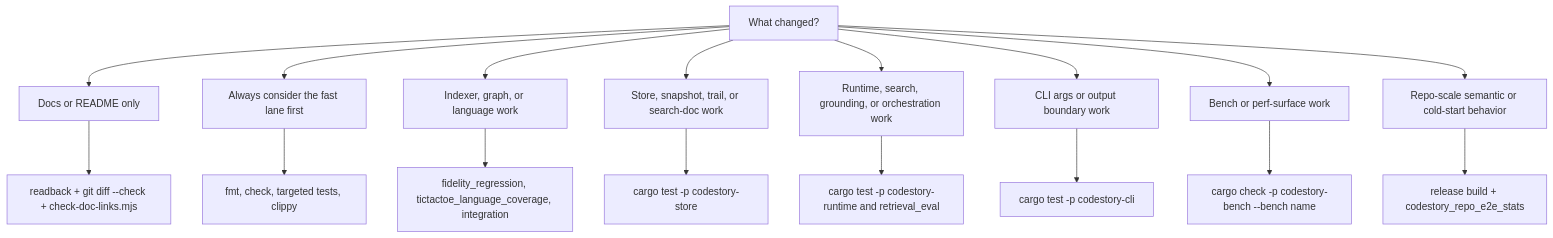
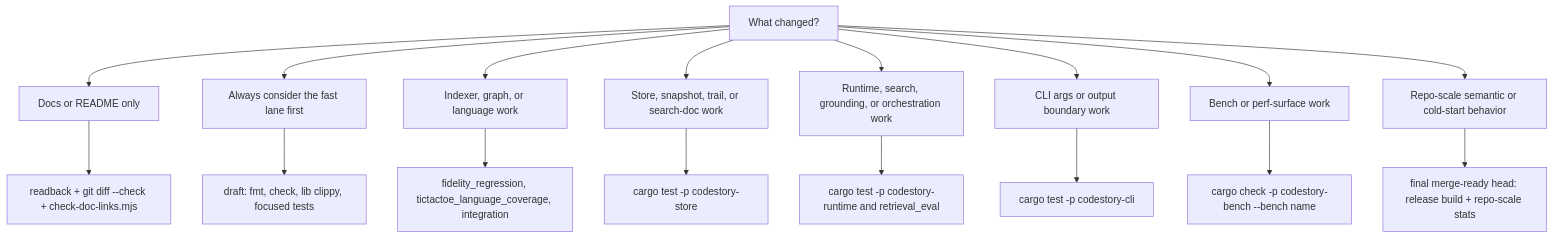
One commit to TheGreenCedar/CodeStory changed the diagram in docs/contributors/testing-matrix.md. Above: the diagram before and after it, drawn with Mermaid. The commit also changed other lines of this file and 16 other files, not shown here.

````diff
--- a/docs/contributors/testing-matrix.md
+++ b/docs/contributors/testing-matrix.md
@@ -10,19 +10,19 @@
 ```mermaid
 flowchart TD
     change["What changed?"] --> docs["Docs or README only"]
     change["What changed?"] --> always["Always consider the fast lane first"]
     change --> indexer["Indexer, graph, or language work"]
     change --> store["Store, snapshot, trail, or search-doc work"]
     change --> runtime["Runtime, search, grounding, or orchestration work"]
     change --> cli["CLI args or output boundary work"]
     change --> bench["Bench or perf-surface work"]
     change --> e2e["Repo-scale semantic or cold-start behavior"]
     docs --> docs_checks["readback + git diff --check + check-doc-links.mjs"]
-    always --> workspace["fmt, check, targeted tests, clippy"]
+    always --> workspace["draft: fmt, check, lib clippy, focused tests"]
     indexer --> fidelity["fidelity_regression, tictactoe_language_coverage, integration"]
     store --> store_tests["cargo test -p codestory-store"]
     runtime --> runtime_tests["cargo test -p codestory-runtime and retrieval_eval"]
     cli --> cli_tests["cargo test -p codestory-cli"]
     bench --> bench_checks["cargo check -p codestory-bench --bench name"]
-    e2e --> e2e_stats["release build + codestory_repo_e2e_stats"]
+    e2e --> e2e_stats["final merge-ready head: release build + repo-scale stats"]
 ```
````
